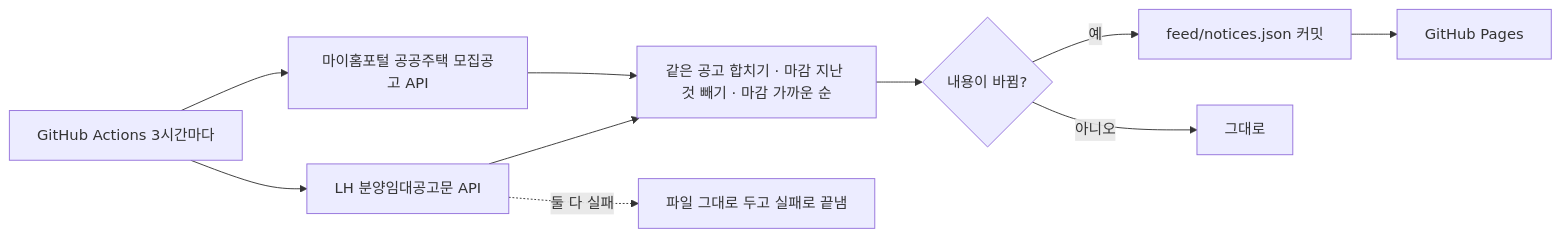
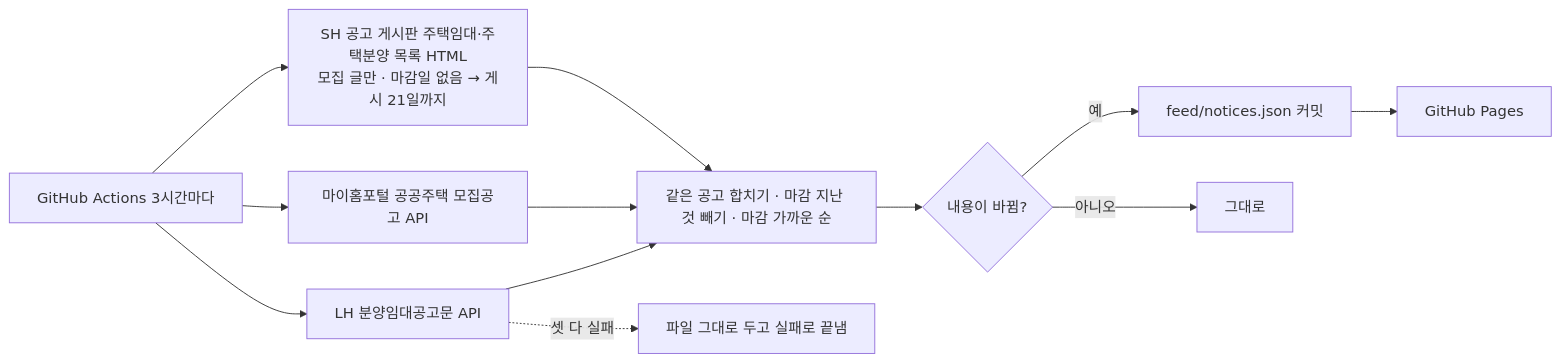
One commit to DioneLee/cheongyak-check changed the second of 2 diagrams in docs/design/분리설계.md. Above: the diagram before and after it, drawn with Mermaid. The commit also changed other lines of this file and 5 other files, not shown here.

Commit message:
feat: 공고 피드에 SH 공고 게시판(주택임대·주택분양) 추가 · 마감일 없는 공고는 게시일 표시 · sw 06e

````diff
--- a/docs/design/분리설계.md
+++ b/docs/design/분리설계.md
@@ -31,10 +31,11 @@
 ```mermaid
 flowchart LR
   T[GitHub Actions 3시간마다] --> L[LH 분양임대공고문 API]
   T --> M[마이홈포털 공공주택 모집공고 API]
-  L & M --> B[같은 공고 합치기 · 마감 지난 것 빼기 · 마감 가까운 순]
+  T --> S[SH 공고 게시판 주택임대·주택분양 목록 HTML<br/>모집 글만 · 마감일 없음 → 게시 21일까지]
+  L & M & S --> B[같은 공고 합치기 · 마감 지난 것 빼기 · 마감 가까운 순]
   B --> W{내용이 바뀜?}
   W -- 예 --> C[feed/notices.json 커밋] --> P[GitHub Pages]
   W -- 아니오 --> X[그대로]
-  L -. 둘 다 실패 .-> K[파일 그대로 두고 실패로 끝냄]
+  L -. 셋 다 실패 .-> K[파일 그대로 두고 실패로 끝냄]
 ```
````
